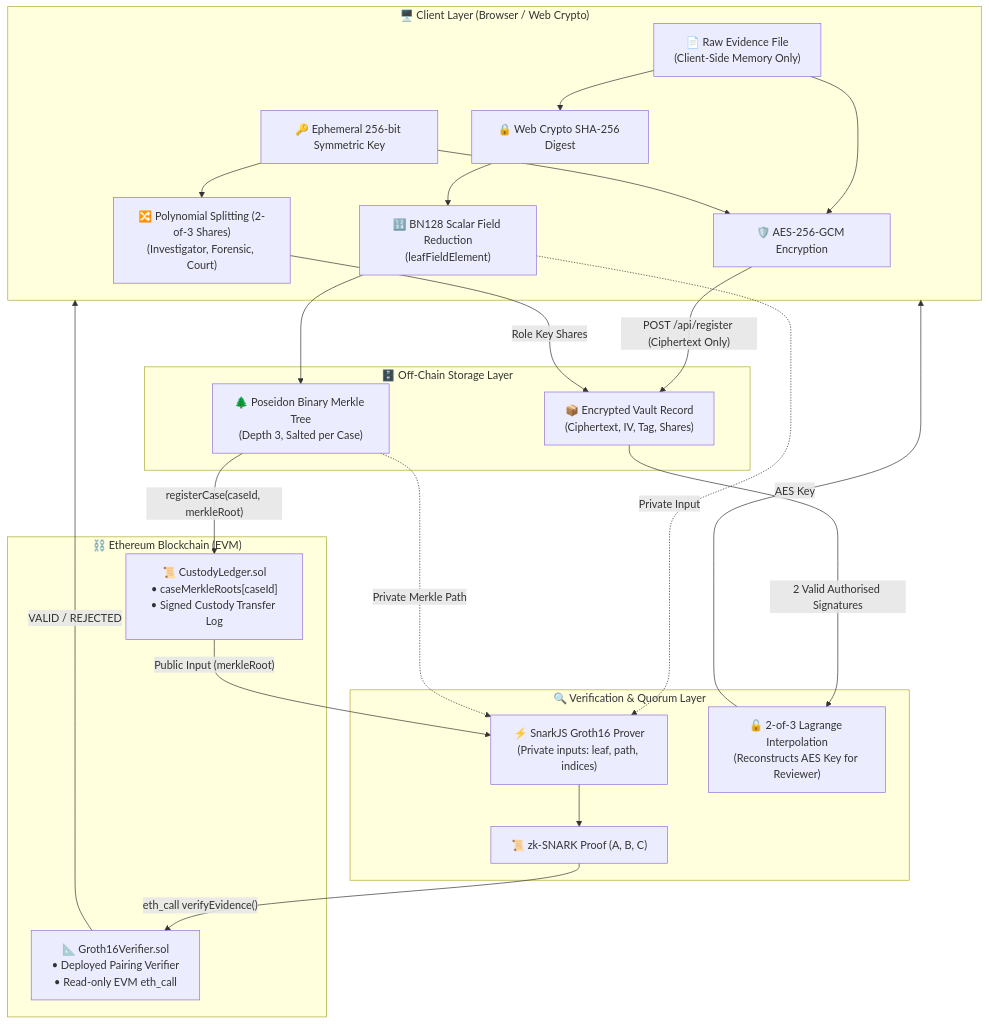
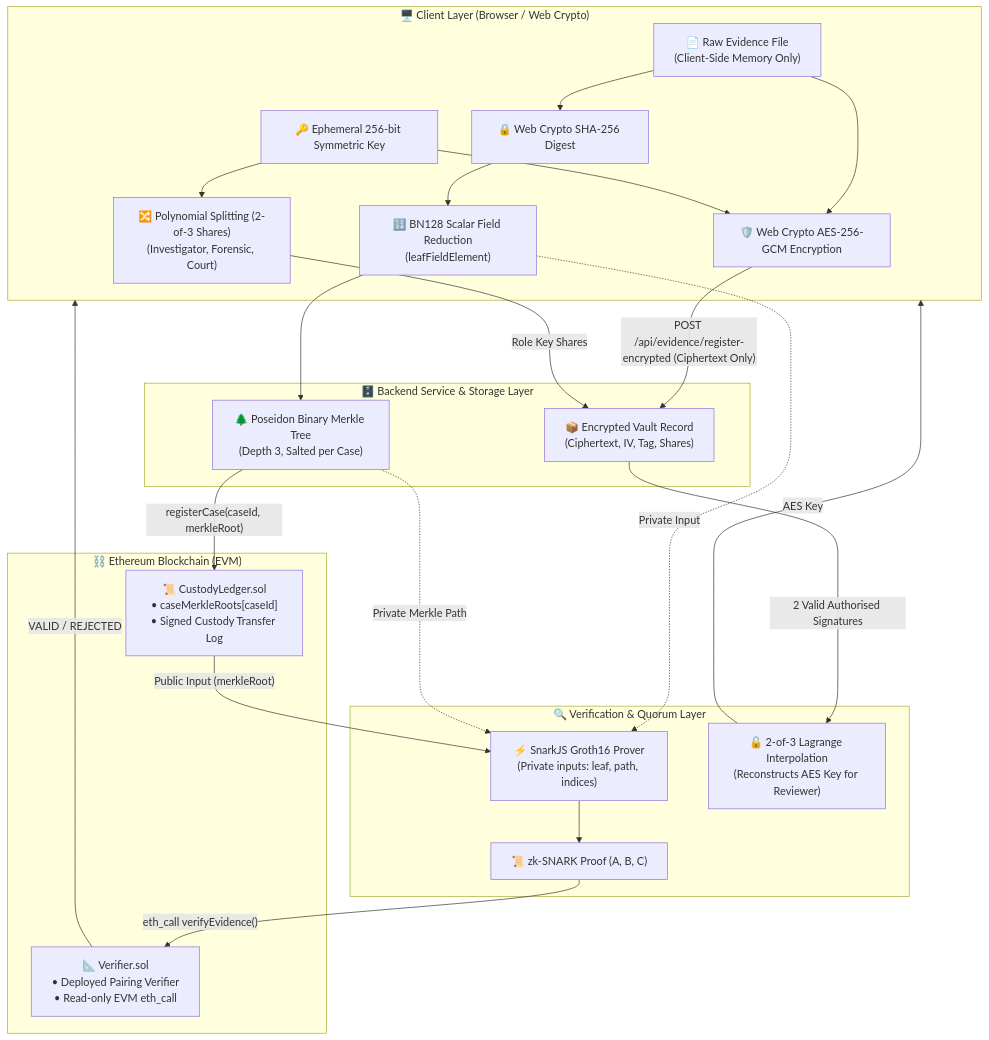
One commit to Mohanapriya-sparks/LexVault changed the diagram in docs/ARCHITECTURE.md. Above: the diagram before and after it, drawn with Mermaid. The commit also changed other lines of this file and 8 other files, not shown here.

````diff
--- a/docs/ARCHITECTURE.md
+++ b/docs/ARCHITECTURE.md
@@ -9,48 +9,48 @@
 ```mermaid
 flowchart TD
     subgraph Client["🖥️ Client Layer (Browser / Web Crypto)"]
         Raw["📄 Raw Evidence File<br/>(Client-Side Memory Only)"]
         SHA["🔒 Web Crypto SHA-256 Digest"]
         FieldScalar["🔢 BN128 Scalar Field Reduction<br/>(leafFieldElement)"]
         AESKey["🔑 Ephemeral 256-bit Symmetric Key"]
         ShamirSplit["🔀 Polynomial Splitting (2-of-3 Shares)<br/>(Investigator, Forensic, Court)"]
-        AESEnc["🛡️ AES-256-GCM Encryption"]
+        AESEnc["🛡️ Web Crypto AES-256-GCM Encryption"]
     end
 
-    subgraph Storage["🗄️ Off-Chain Storage Layer"]
+    subgraph Storage["🗄️ Backend Service & Storage Layer"]
         VaultStore["📦 Encrypted Vault Record<br/>(Ciphertext, IV, Tag, Shares)"]
         MerkleTree["🌲 Poseidon Binary Merkle Tree<br/>(Depth 3, Salted per Case)"]
     end
 
     subgraph Blockchain["⛓️ Ethereum Blockchain (EVM)"]
         Ledger["📜 CustodyLedger.sol<br/>• caseMerkleRoots[caseId]<br/>• Signed Custody Transfer Log"]
-        Verifier["📐 Groth16Verifier.sol<br/>• Deployed Pairing Verifier<br/>• Read-only EVM eth_call"]
+        Verifier["📐 Verifier.sol<br/>• Deployed Pairing Verifier<br/>• Read-only EVM eth_call"]
     end
 
     subgraph Verification["🔍 Verification & Quorum Layer"]
         SnarkJS["⚡ SnarkJS Groth16 Prover<br/>(Private inputs: leaf, path, indices)"]
         Proof["📜 zk-SNARK Proof (A, B, C)"]
         Lagrange["🔓 2-of-3 Lagrange Interpolation<br/>(Reconstructs AES Key for Reviewer)"]
     end
 
     Raw --> SHA --> FieldScalar
     Raw --> AESEnc
     AESKey --> AESEnc
     AESKey --> ShamirSplit
     
-    AESEnc -->|"POST /api/register (Ciphertext Only)"| VaultStore
+    AESEnc -->|"POST /api/evidence/register-encrypted (Ciphertext Only)"| VaultStore
     ShamirSplit -->|"Role Key Shares"| VaultStore
     FieldScalar --> MerkleTree
     
     MerkleTree -->|"registerCase(caseId, merkleRoot)"| Ledger
     
     FieldScalar -.->|"Private Input"| SnarkJS
     MerkleTree -.->|"Private Merkle Path"| SnarkJS
     Ledger -->|"Public Input (merkleRoot)"| SnarkJS
     SnarkJS --> Proof
     Proof -->|"eth_call verifyEvidence()"| Verifier
     Verifier -->|"VALID / REJECTED"| Client
 
     VaultStore -->|"2 Valid Authorised Signatures"| Lagrange
     Lagrange -->|"AES Key"| Client
 ```
````
